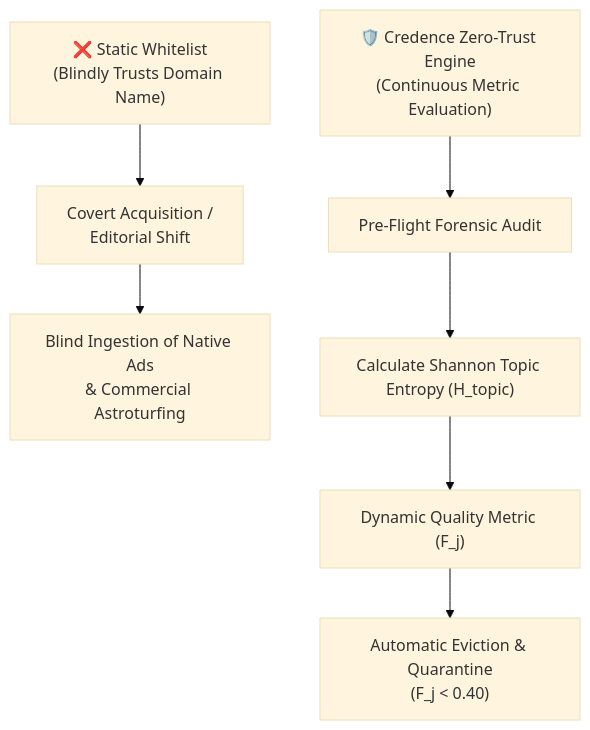
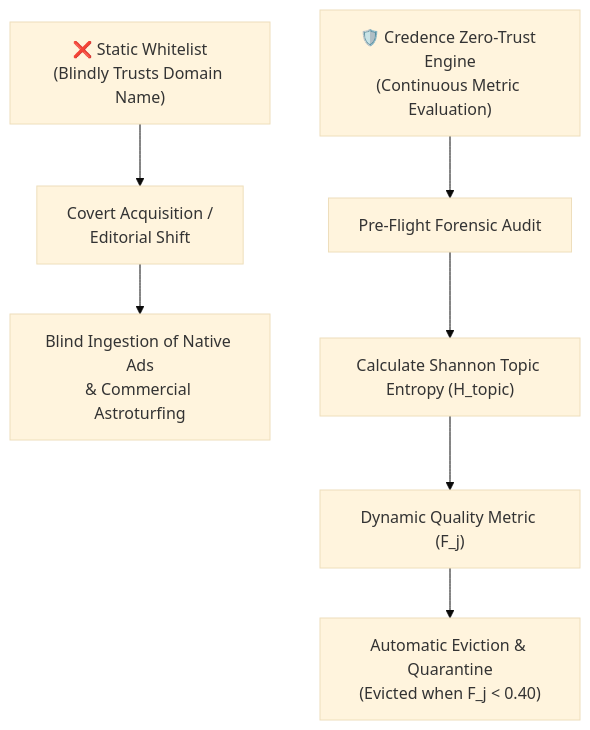
One commit to artibyrd/credence-docs changed the diagram in blog/the-pizza-hut-problem.md. Above: the diagram before and after it, drawn with Mermaid (base theme). The commit also changed other lines of this file and 33 other files, not shown here.

````diff
--- a/blog/the-pizza-hut-problem.md
+++ b/blog/the-pizza-hut-problem.md
@@ -31,10 +31,10 @@
 ```mermaid
 graph TD
     StaticWhitelist["❌ Static Whitelist<br>(Blindly Trusts Domain Name)"] --> CorporateTakeover["Covert Acquisition /<br>Editorial Shift"]
     CorporateTakeover --> DeceptiveIngestion["Blind Ingestion of Native Ads<br>& Commercial Astroturfing"]
     
     DynamicAudit["🛡️ Credence Zero-Trust Engine<br>(Continuous Metric Evaluation)"] --> PreFlight["Pre-Flight Forensic Audit"]
     PreFlight --> TopicEntropy["Calculate Shannon Topic Entropy (H_topic)"]
     TopicEntropy --> DynamicScore["Dynamic Quality Metric (F_j)"]
-    DynamicScore --> AutonomousEviction["Automatic Eviction & Quarantine<br>(F_j &lt; 0.40)"]
+    DynamicScore --> AutonomousEviction["Automatic Eviction & Quarantine<br>(Evicted when F_j < 0.40)"]
 ```
````
